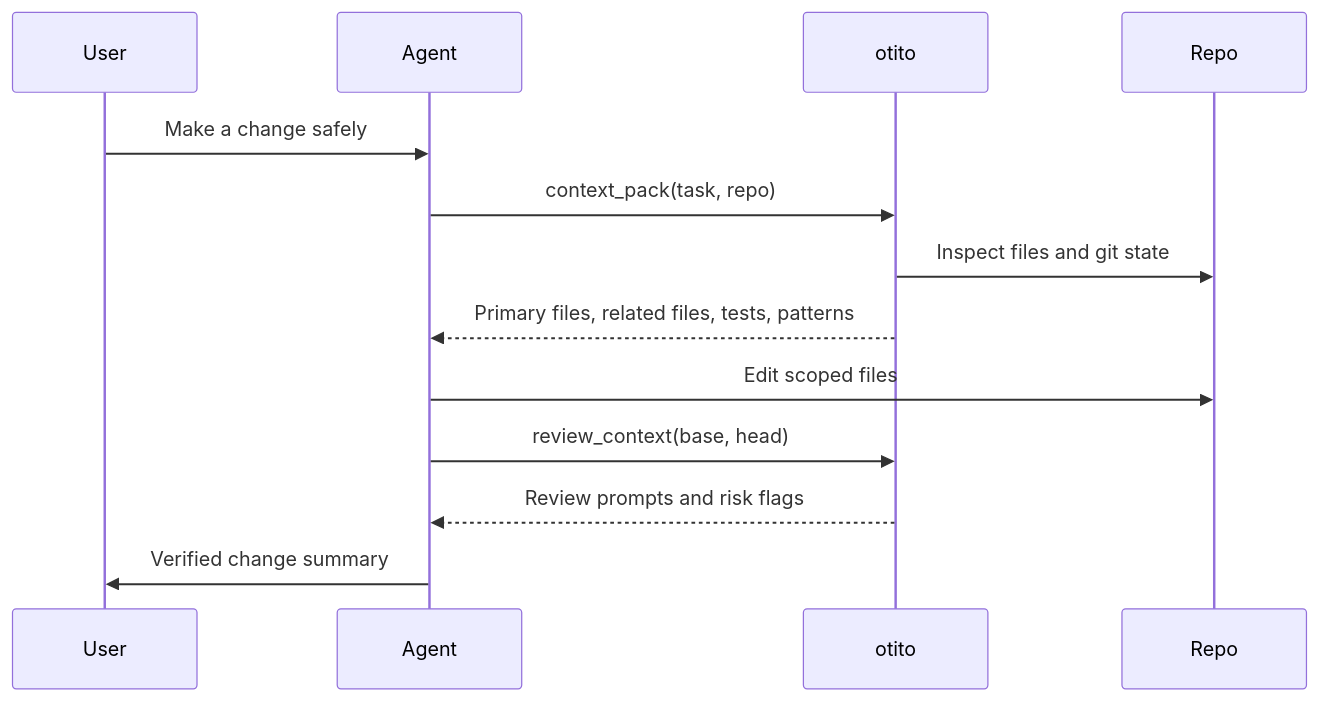
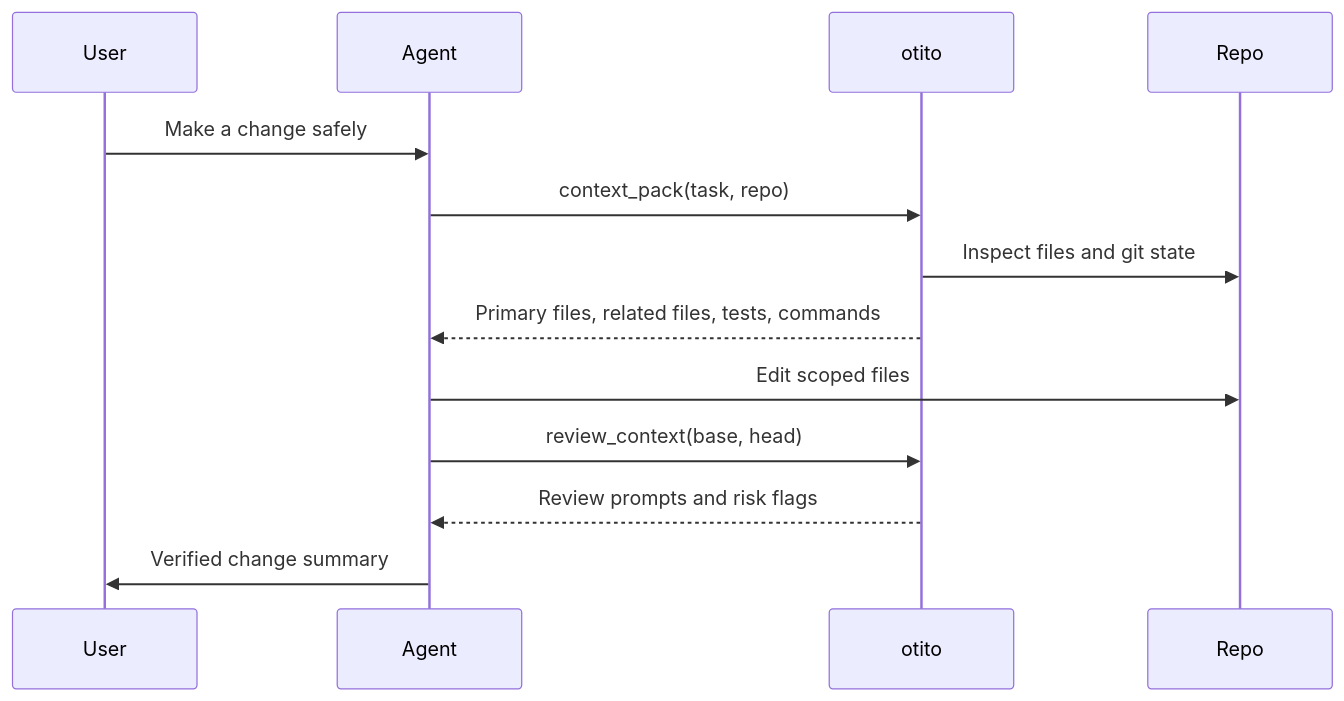
One commit to BASHBOP/otito changed the diagram in docs/02-mcp-agent-workflows/README.md. Above: the diagram before and after it, drawn with Mermaid. The commit also changed 15 other files, not shown here.

````diff
--- a/docs/02-mcp-agent-workflows/README.md
+++ b/docs/02-mcp-agent-workflows/README.md
@@ -325,16 +325,16 @@
 ```mermaid
 sequenceDiagram
     participant User
     participant Agent
     participant otito
     participant Repo
 
     User->>Agent: Make a change safely
     Agent->>otito: context_pack(task, repo)
     otito->>Repo: Inspect files and git state
-    otito-->>Agent: Primary files, related files, tests, patterns
+    otito-->>Agent: Primary files, related files, tests, commands
     Agent->>Repo: Edit scoped files
     Agent->>otito: review_context(base, head)
     otito-->>Agent: Review prompts and risk flags
     Agent->>User: Verified change summary
 ```
````
